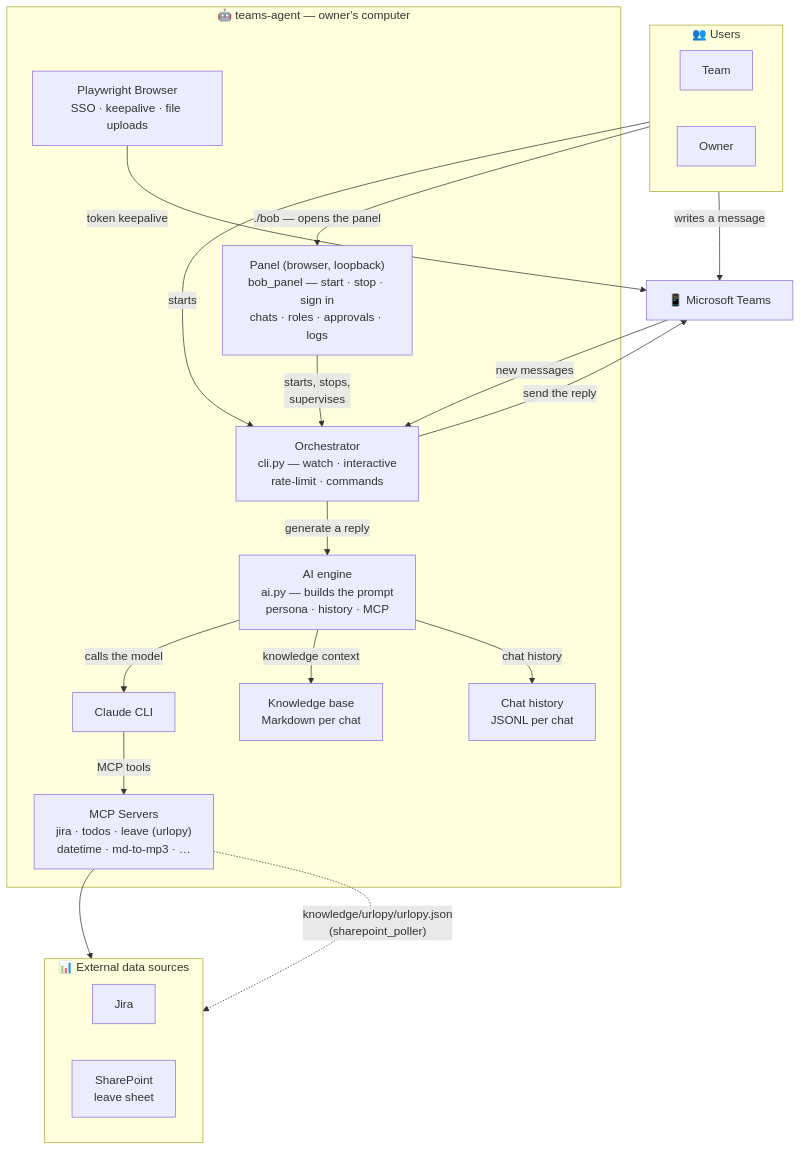
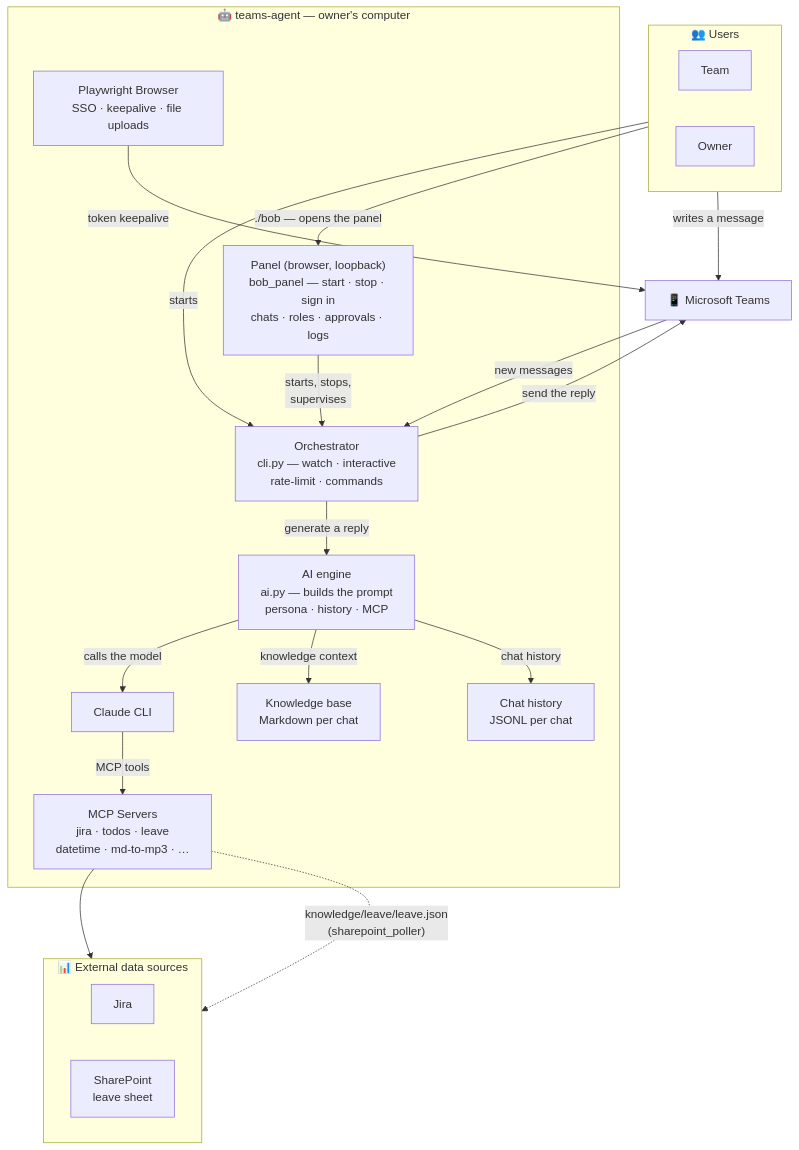
The second of 2 diagrams in docs/architecture.md (androszr/bob), drawn with Mermaid before and after one commit. The commit also changed other lines of this file and 149 other files, not shown here.

````diff
--- a/docs/architecture.md
+++ b/docs/architecture.md
@@ -51,42 +51,42 @@
 ```mermaid
 flowchart TB
     subgraph Users2["👥 Users"]
         direction LR
         T2["Team"]
         R2["Owner"]
     end
 
     MS2["📱 Microsoft Teams"]
 
     subgraph BOXint["🤖 teams-agent — owner's computer"]
         CLIW["Orchestrator\ncli.py — watch · interactive\nrate-limit · commands"]
         AIM["AI engine\nai.py — builds the prompt\npersona · history · MCP"]
         CLCLI["Claude CLI"]
-        MCPL["MCP Servers\njira · todos · leave (urlopy)\ndatetime · md-to-mp3 · …"]
+        MCPL["MCP Servers\njira · todos · leave\ndatetime · md-to-mp3 · …"]
         KB5["Knowledge base\nMarkdown per chat"]
         HIST5["Chat history\nJSONL per chat"]
         PW5["Playwright Browser\nSSO · keepalive · file uploads"]
         PAN5["Panel (browser, loopback)\nbob_panel — start · stop · sign in\nchats · roles · approvals · logs"]
     end
 
     subgraph DataS["📊 External data sources"]
         direction LR
         JT5["Jira"]
         SP5["SharePoint\nleave sheet"]
     end
 
     T2 -- "writes a message" --> MS2
     R2 -- "starts" --> CLIW
     R2 -- "./bob — opens the panel" --> PAN5
     PAN5 -- "starts, stops,\nsupervises" --> CLIW
     MS2 -- "new messages" --> CLIW
     PW5 -- "token keepalive" --> MS2
     CLIW -- "generate a reply" --> AIM
     AIM -- "calls the model" --> CLCLI
     AIM -- "knowledge context" --> KB5
     AIM -- "chat history" --> HIST5
     CLCLI -- "MCP tools" --> MCPL
     CLIW -- "send the reply" --> MS2
     MCPL --> JT5
-    MCPL -. "knowledge/urlopy/urlopy.json\n(sharepoint_poller)" .-> SP5
+    MCPL -. "knowledge/leave/leave.json\n(sharepoint_poller)" .-> SP5
 ```
````
